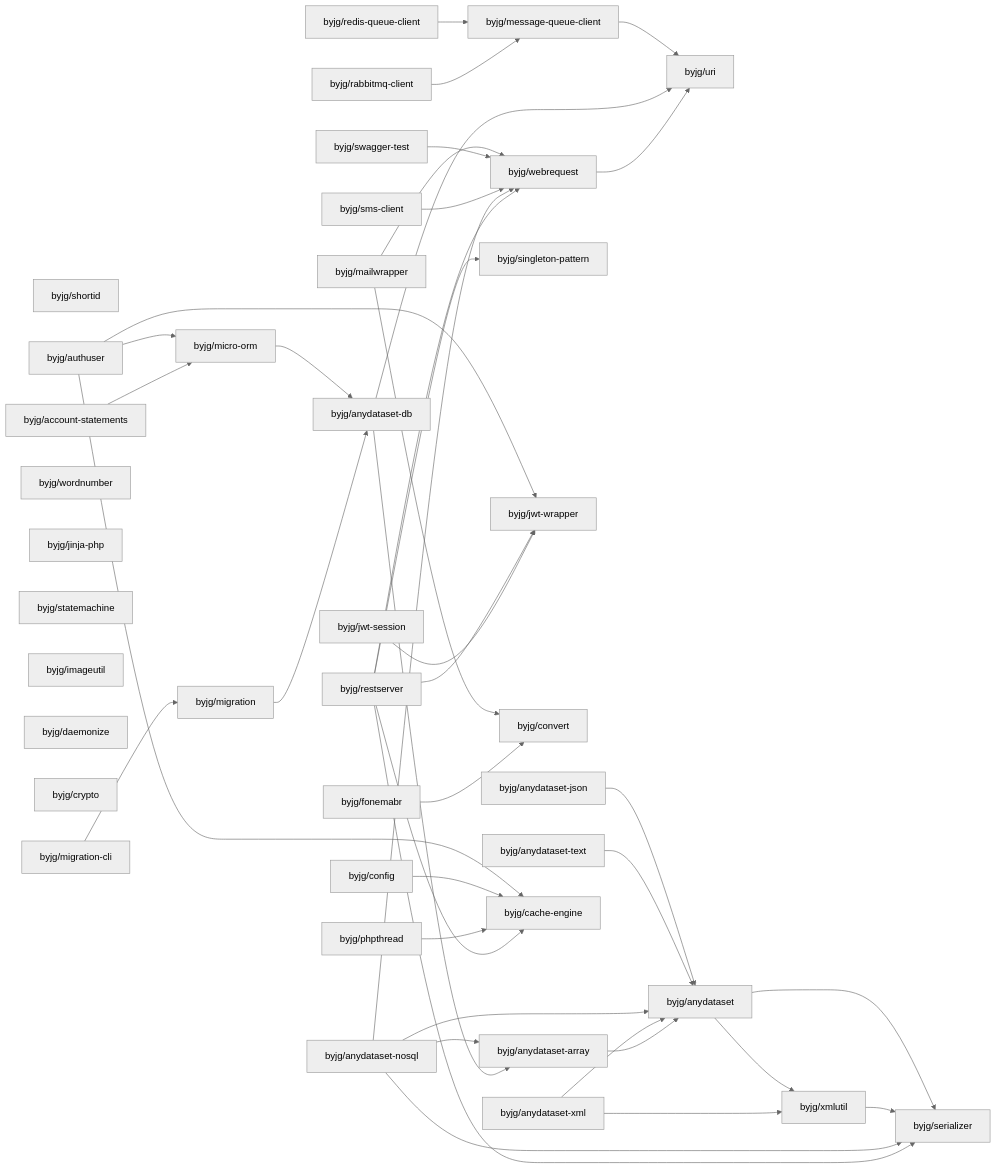
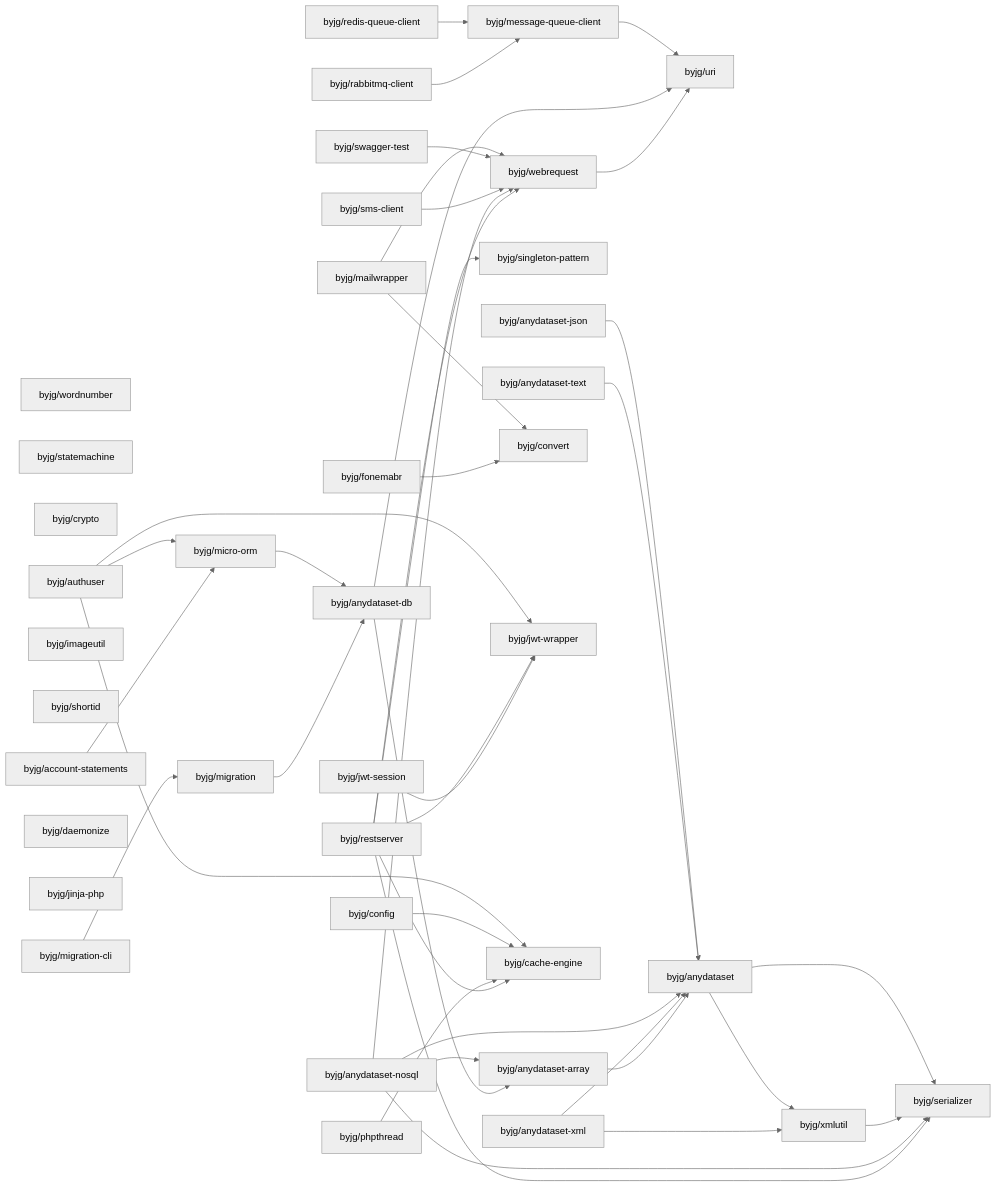
Before and after one commit to byjg/byjg.github.io: the diagram in docs/php/README.md, drawn with Mermaid (neutral theme). The commit also changed other lines of this file and 2 other files, not shown here.

Commit message:
Update documentation 'php' 'php-message-queue-client'

````diff
--- a/docs/php/README.md
+++ b/docs/php/README.md
@@ -3,79 +3,79 @@
 ```mermaid
 graph LR;
-  byjg/fonemabr;
-  byjg/rabbitmq-client;
   byjg/anydataset-json;
   byjg/jwt-session;
+  byjg/rabbitmq-client;
+  byjg/wordnumber;
+  byjg/mailwrapper;
+  byjg/statemachine;
+  byjg/crypto;
+  byjg/restserver;
+  byjg/anydataset-text;
+  byjg/anydataset-xml;
+  byjg/swagger-test;
+  byjg/account-statements;
+  byjg/phpthread;
+  byjg/sms-client;
+  byjg/redis-queue-client;
+  byjg/anydataset-nosql;
+  byjg/fonemabr;
+  byjg/imageutil;
   byjg/shortid;
   byjg/authuser;
-  byjg/anydataset-xml;
-  byjg/account-statements;
-  byjg/anydataset-nosql;
-  byjg/wordnumber;
-  byjg/restserver;
-  byjg/swagger-test;
-  byjg/mailwrapper;
-  byjg/anydataset-text;
+  byjg/config;
+  byjg/daemonize;
   byjg/jinja-php;
-  byjg/statemachine;
-  byjg/config;
-  byjg/imageutil;
-  byjg/sms-client;
-  byjg/redis-queue-client;
-  byjg/daemonize;
-  byjg/crypto;
-  byjg/phpthread;
   byjg/migration-cli;
+  byjg/singleton-pattern;
+  byjg/message-queue-client;
+  byjg/webrequest;
+  byjg/convert;
   byjg/micro-orm;
-  byjg/singleton-pattern;
   byjg/jwt-wrapper;
-  byjg/convert;
-  byjg/webrequest;
-  byjg/message-queue-client;
   byjg/cache-engine;
   byjg/migration;
   byjg/anydataset-db;
   byjg/anydataset-array;
   byjg/uri;
   byjg/anydataset;
   byjg/xmlutil;
   byjg/serializer;
   byjg/account-statements --> byjg/micro-orm;
   byjg/fonemabr --> byjg/convert;
   byjg/webrequest --> byjg/uri;
   byjg/anydataset-array --> byjg/anydataset;
   byjg/anydataset-xml --> byjg/anydataset;
   byjg/anydataset-xml --> byjg/xmlutil;
   byjg/rabbitmq-client --> byjg/message-queue-client;
   byjg/redis-queue-client --> byjg/message-queue-client;
   byjg/jwt-session --> byjg/jwt-wrapper;
   byjg/anydataset-db --> byjg/anydataset-array;
   byjg/anydataset-db --> byjg/uri;
   byjg/restserver --> byjg/serializer;
   byjg/restserver --> byjg/singleton-pattern;
   byjg/restserver --> byjg/cache-engine;
   byjg/restserver --> byjg/webrequest;
   byjg/restserver --> byjg/jwt-wrapper;
   byjg/migration --> byjg/anydataset-db;
   byjg/anydataset-nosql --> byjg/anydataset;
   byjg/anydataset-nosql --> byjg/anydataset-array;
   byjg/anydataset-nosql --> byjg/serializer;
   byjg/anydataset-nosql --> byjg/webrequest;
   byjg/phpthread --> byjg/cache-engine;
   byjg/sms-client --> byjg/webrequest;
   byjg/swagger-test --> byjg/webrequest;
   byjg/migration-cli --> byjg/migration;
   byjg/config --> byjg/cache-engine;
   byjg/anydataset-text --> byjg/anydataset;
   byjg/micro-orm --> byjg/anydataset-db;
   byjg/authuser --> byjg/micro-orm;
   byjg/authuser --> byjg/cache-engine;
   byjg/authuser --> byjg/jwt-wrapper;
   byjg/anydataset-json --> byjg/anydataset;
   byjg/mailwrapper --> byjg/convert;
   byjg/mailwrapper --> byjg/webrequest;
   byjg/xmlutil --> byjg/serializer;
   byjg/anydataset --> byjg/serializer;
   byjg/anydataset --> byjg/xmlutil;
   byjg/message-queue-client --> byjg/uri;
 ```
````
